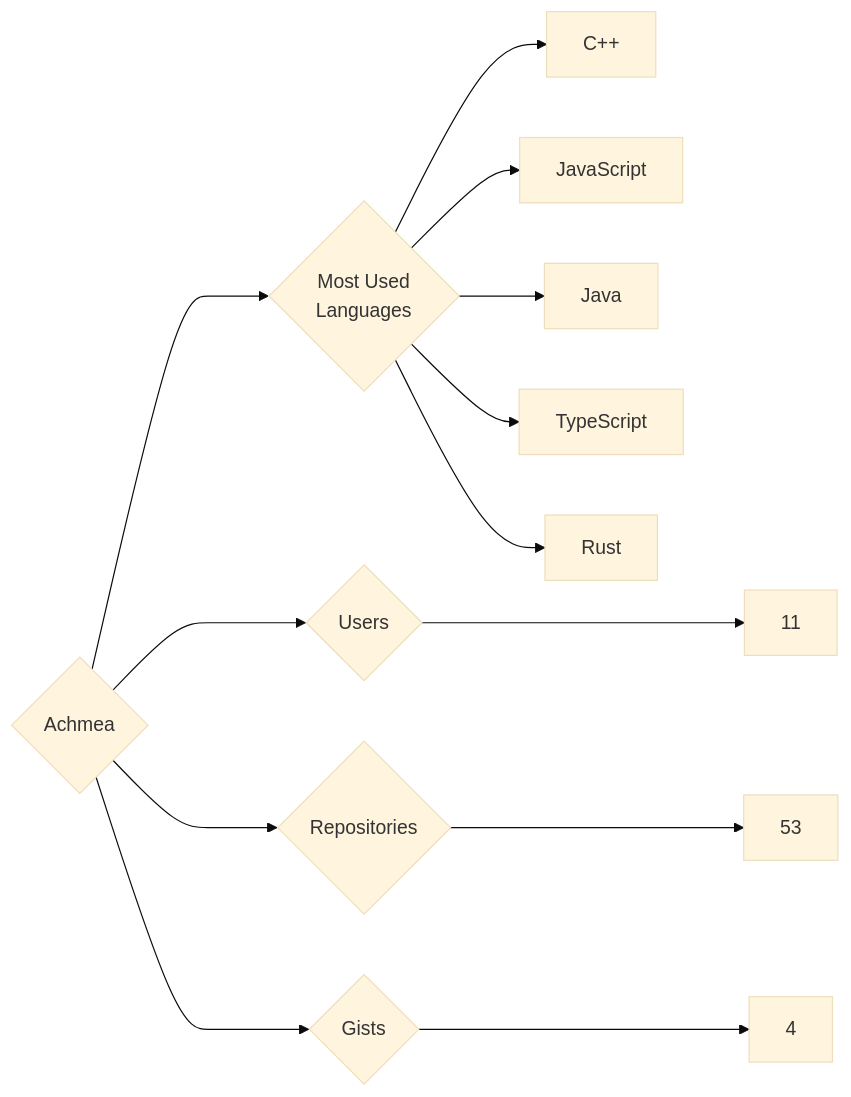
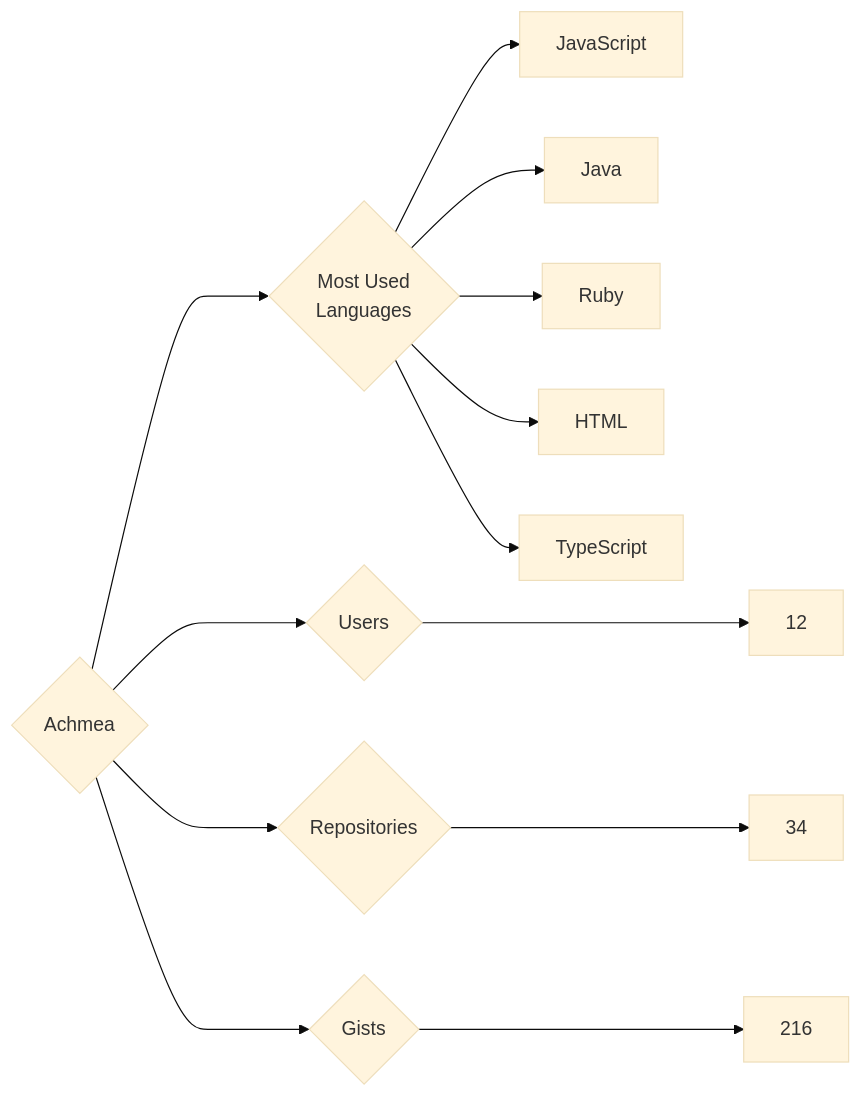
Before and after one commit to trickest/insiders: the diagram in targets/Achmea/README.md, drawn with Mermaid (base theme). The commit also changed 965 other files, not shown here.

````diff
--- a/targets/Achmea/README.md
+++ b/targets/Achmea/README.md
@@ -3,13 +3,13 @@
 ```mermaid
 graph LR
 COMPANY_NAME{Achmea}
-COMPANY_NAME ---> U{Users} ---> UN[11]
-COMPANY_NAME ---> R{Repositories} ---> RN[53]
-COMPANY_NAME ---> G{Gists} ---> GN[4]
+COMPANY_NAME ---> U{Users} ---> UN[12]
+COMPANY_NAME ---> R{Repositories} ---> RN[34]
+COMPANY_NAME ---> G{Gists} ---> GN[216]
 COMPANY_NAME ---> ML{Most Used<br>Languages}
-ML --> C++[C++]
 ML --> JavaScript[JavaScript]
 ML --> Java[Java]
+ML --> Ruby[Ruby]
+ML --> HTML[HTML]
 ML --> TypeScript[TypeScript]
-ML --> Rust[Rust]
 ```
````
